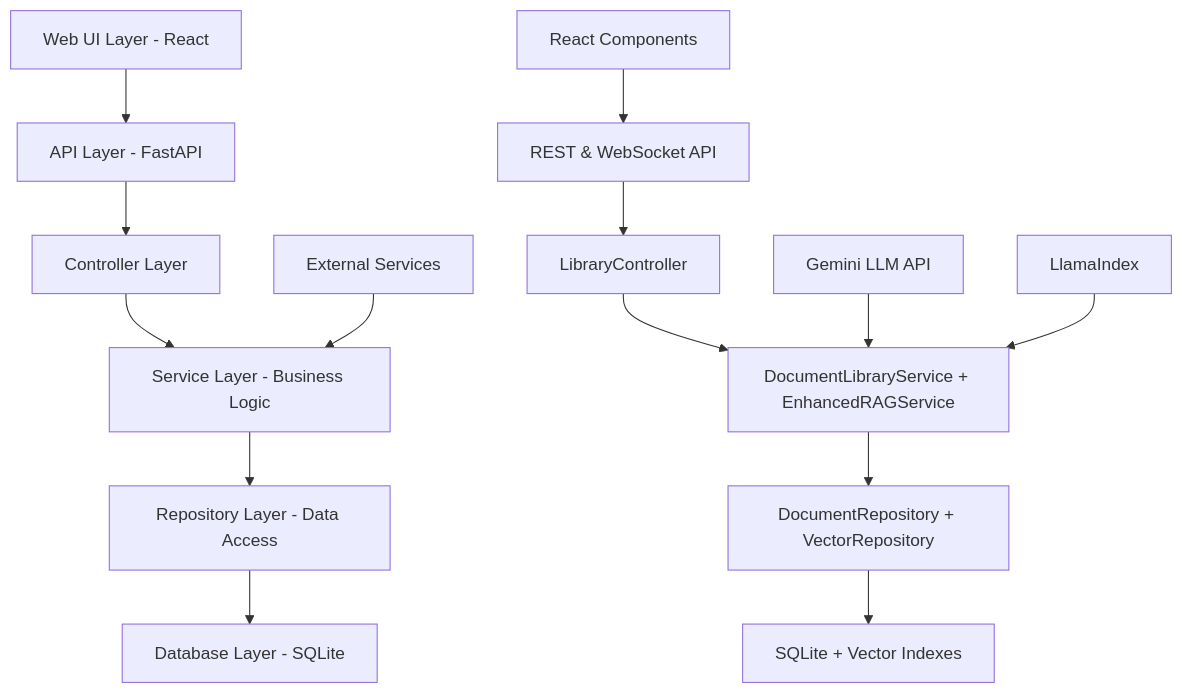
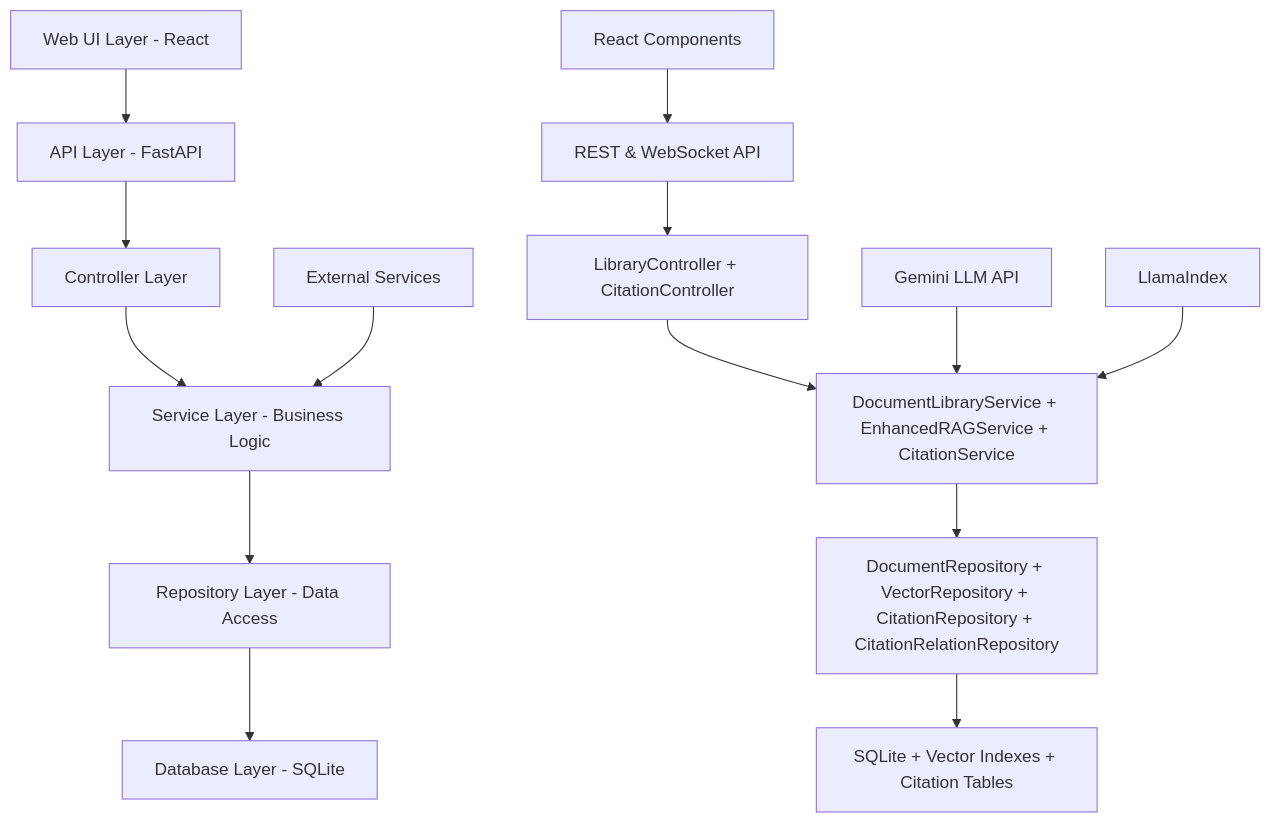
One commit to Jackela/ai_enhanced_pdf_scholar changed the fifth of 9 diagrams in PROJECT_DOCS.md. Above: the diagram before and after it, drawn with Mermaid. The commit also changed other lines of this file and 35 other files, not shown here.

````diff
--- a/PROJECT_DOCS.md
+++ b/PROJECT_DOCS.md
@@ -380,18 +454,18 @@
 ```mermaid
 graph TB
     A[Web UI Layer - React] --> B[API Layer - FastAPI]
     B --> C[Controller Layer]
     C --> D[Service Layer - Business Logic]
     D --> E[Repository Layer - Data Access]
     E --> F[Database Layer - SQLite]
     
     A1[React Components] --> B1[REST & WebSocket API]
-    B1 --> C1[LibraryController]
-    C1 --> D1[DocumentLibraryService + EnhancedRAGService]
-    D1 --> E1[DocumentRepository + VectorRepository]
-    E1 --> F1[SQLite + Vector Indexes]
+    B1 --> C1[LibraryController + CitationController]
+    C1 --> D1[DocumentLibraryService + EnhancedRAGService + CitationService]
+    D1 --> E1[DocumentRepository + VectorRepository + CitationRepository + CitationRelationRepository]
+    E1 --> F1[SQLite + Vector Indexes + Citation Tables]
     
     G[External Services] --> D
     G1[Gemini LLM API] --> D1
     G2[LlamaIndex] --> D1
 ```
````
